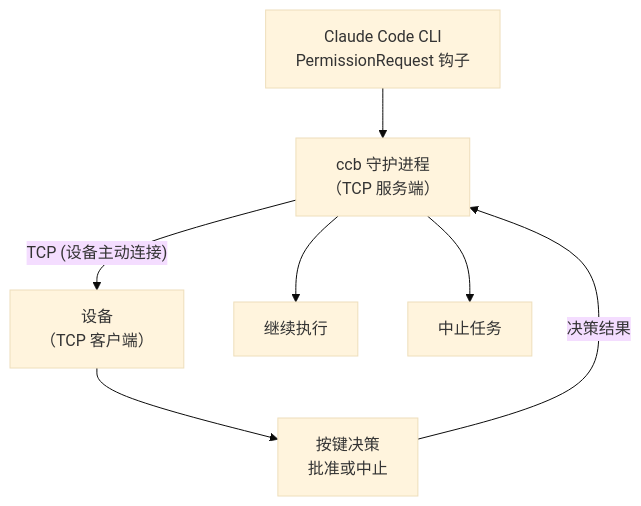
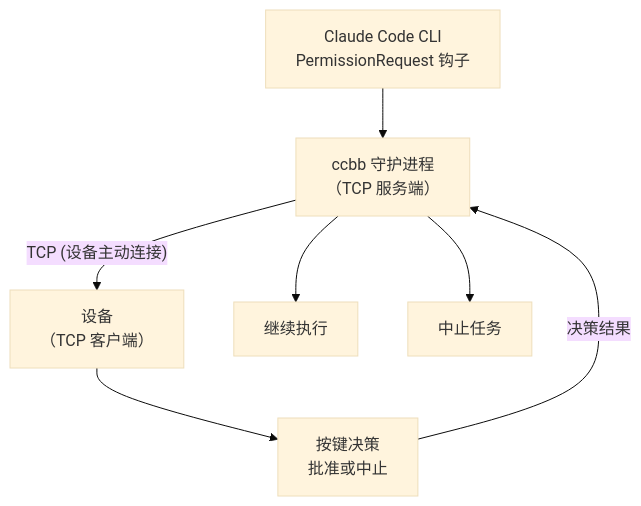
One commit to oh-myfun/claude-code-buddy-bridge changed the diagram in README.md. Above: the diagram before and after it, drawn with Mermaid (base theme). The commit also changed other lines of this file and 7 other files, not shown here.

````diff
--- a/README.md
+++ b/README.md
@@ -14,16 +14,16 @@
 ```mermaid
 flowchart TD
     A["Claude Code CLI\nPermissionRequest 钩子"]
-    B["ccb 守护进程\n（TCP 服务端）"]
+    B["ccbb 守护进程\n（TCP 服务端）"]
     C["设备\n（TCP 客户端）"]
     D["按键决策\n批准或中止"]
     E["继续执行"]
     F["中止任务"]
 
     A --> B
     B --"TCP (设备主动连接)"--> C
     C --> D
     D --"决策结果"--> B
     B --> E
     B --> F
 ```
````
